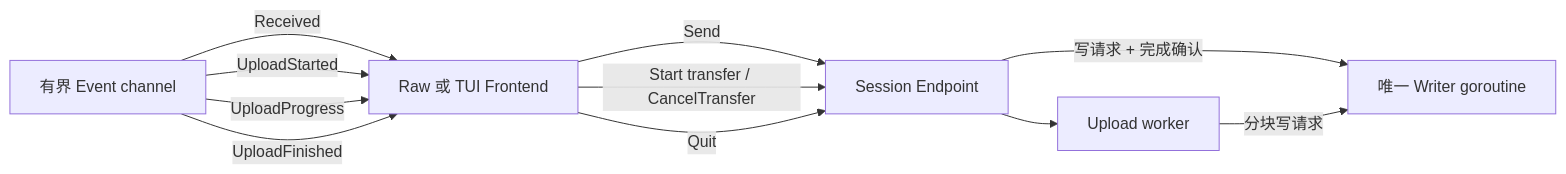
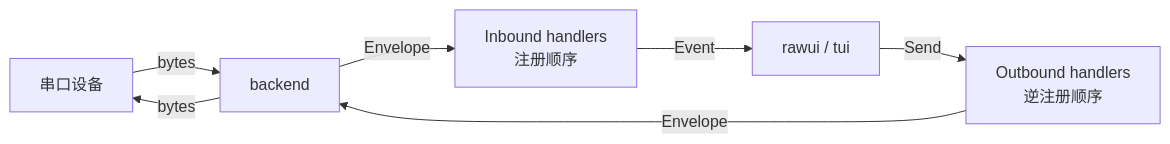
Before and after one commit to ZhiWei-Ou/xserial: the second of 3 diagrams in docs/architecture.md, drawn with Mermaid. The commit also changed other lines of this file and 23 other files, not shown here.

Commit message:
refactor(core): separate backend, middleware, and frontend responsibilities

````diff
--- a/docs/architecture.md
+++ b/docs/architecture.md
@@ -112,19 +47,15 @@
 ```mermaid
 flowchart LR
-    Frontend[Raw 或 TUI Frontend]
-    Endpoint[Session Endpoint]
-    Events[有界 Event channel]
-    Writer[唯一 Writer goroutine]
-    Upload[Upload worker]
+    Device[串口设备]
+    Backend[backend]
+    Inbound[Inbound handlers<br/>注册顺序]
+    Frontend[rawui / tui]
+    Outbound[Outbound handlers<br/>逆注册顺序]
 
-    Frontend -->|Send| Endpoint
-    Frontend -->|Start transfer / CancelTransfer| Endpoint
-    Frontend -->|Quit| Endpoint
-    Endpoint -->|写请求 + 完成确认| Writer
-    Endpoint --> Upload
-    Upload -->|分块写请求| Writer
-    Events -->|Received| Frontend
-    Events -->|UploadStarted| Frontend
-    Events -->|UploadProgress| Frontend
-    Events -->|UploadFinished| Frontend
+    Device -->|bytes| Backend
+    Backend -->|Envelope| Inbound
+    Inbound -->|Event| Frontend
+    Frontend -->|Send| Outbound
+    Outbound -->|Envelope| Backend
+    Backend -->|bytes| Device
 ```
````
